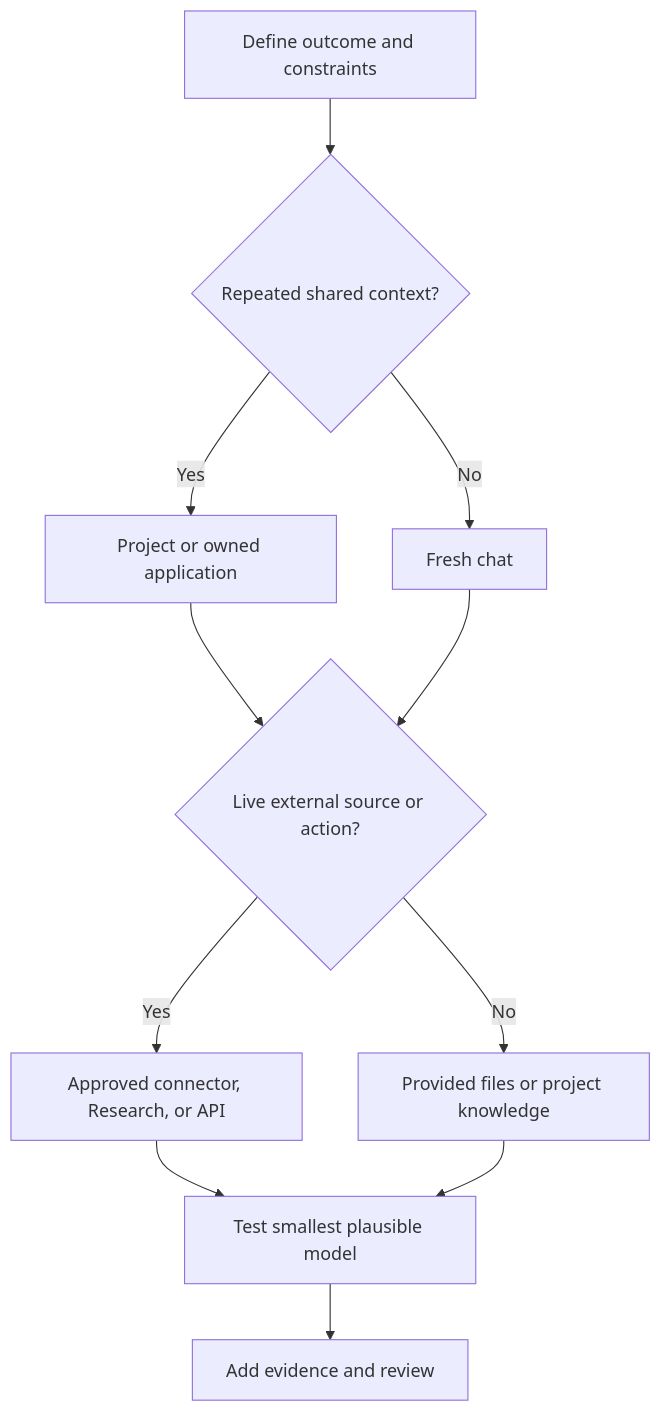
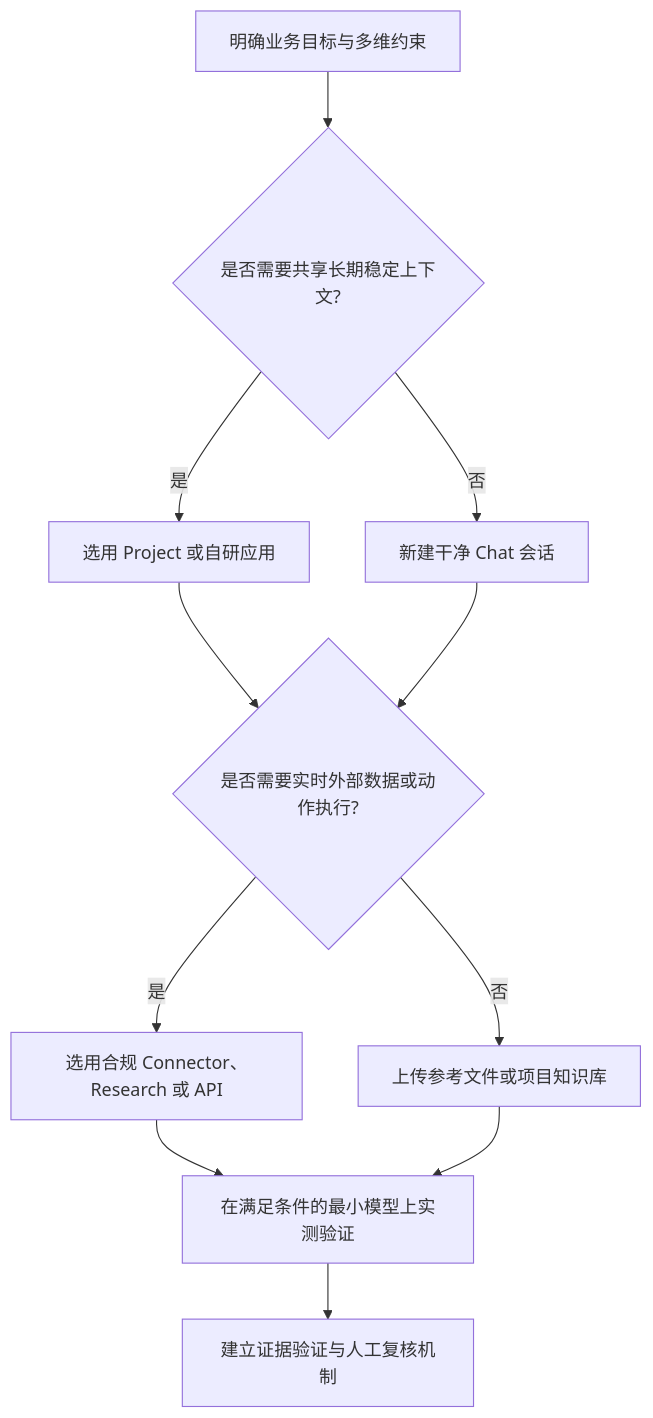
Before and after one commit to cluster1900/ai-engineering-from-scratch-zh: the diagram in certifications/claude/lessons/01-claude-product-and-model-landscape/docs/en.md, drawn with Mermaid. The commit also changed other lines of this file and 187 other files, not shown here.

````diff
--- a/certifications/claude/lessons/01-claude-product-and-model-landscape/docs/en.md
+++ b/certifications/claude/lessons/01-claude-product-and-model-landscape/docs/en.md
@@ -153,13 +152,13 @@
 ```mermaid
 flowchart TD
-    A["Define outcome and constraints"] --> B{"Repeated shared context?"}
-    B -->|"Yes"| C["Project or owned application"]
-    B -->|"No"| D["Fresh chat"]
-    C --> E{"Live external source or action?"}
+    A["明确业务目标与多维约束"] --> B{"是否需要共享长期稳定上下文?"}
+    B -->|"是"| C["选用 Project 或自研应用"]
+    B -->|"否"| D["新建干净 Chat 会话"]
+    C --> E{"是否需要实时外部数据或动作执行?"}
     D --> E
-    E -->|"Yes"| F["Approved connector, Research, or API"]
-    E -->|"No"| G["Provided files or project knowledge"]
-    F --> H["Test smallest plausible model"]
+    E -->|"是"| F["选用合规 Connector、Research 或 API"]
+    E -->|"否"| G["上传参考文件或项目知识库"]
+    F --> H["在满足条件的最小模型上实测验证"]
     G --> H
-    H --> I["Add evidence and review"]
+    H --> I["建立证据验证与人工复核机制"]
 ```
````
